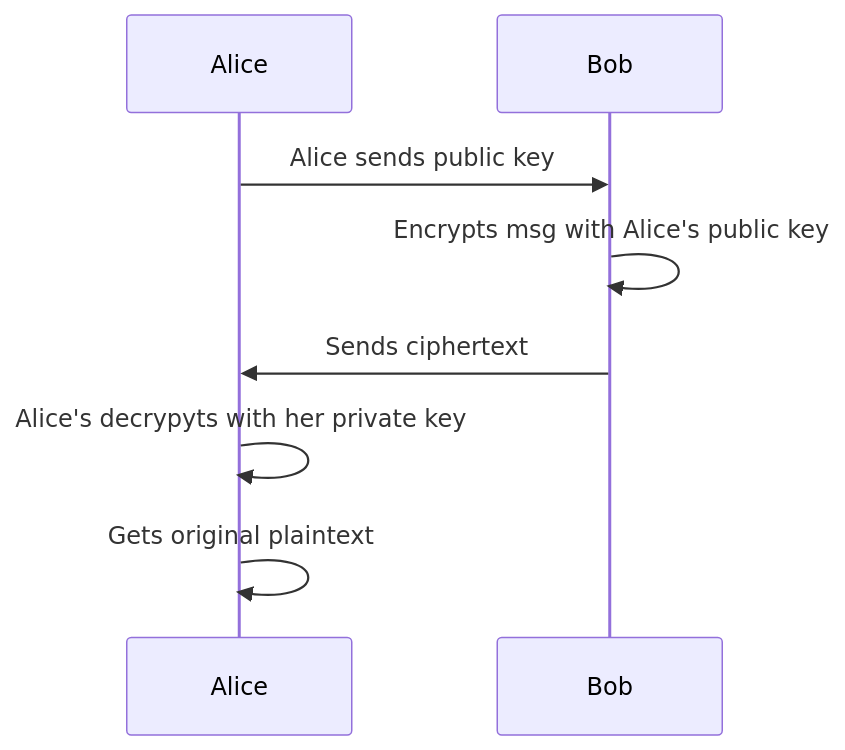
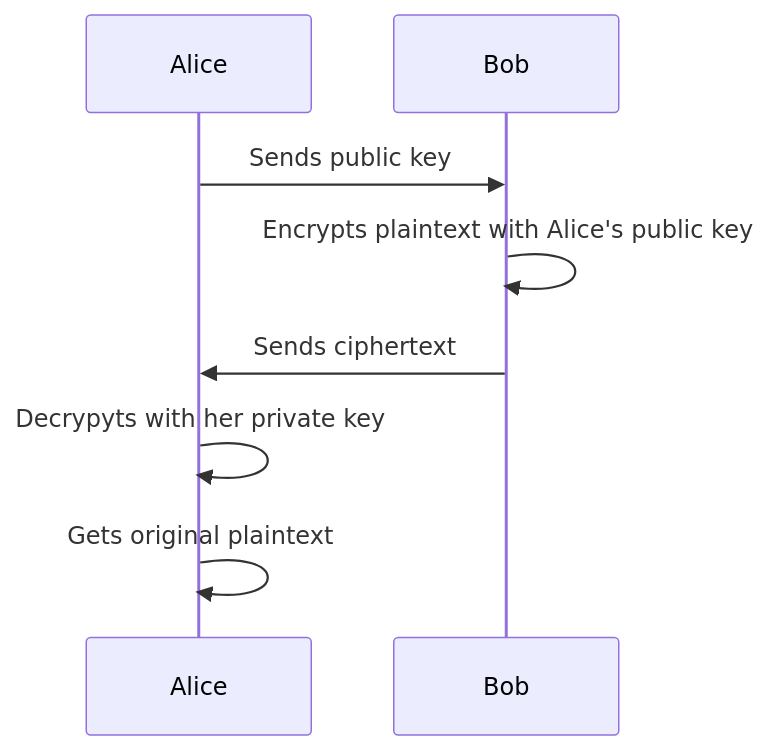
One commit to kcodedev/mkdocs changed the diagram in docs/IG/2-data-transmission/asymmetric-encryption.md. Above: the diagram before and after it, drawn with Mermaid. The commit also changed other lines of this file and 14 other files, not shown here.

````diff
--- a/docs/IG/2-data-transmission/asymmetric-encryption.md
+++ b/docs/IG/2-data-transmission/asymmetric-encryption.md
@@ -28,11 +28,11 @@
 ```mermaid
 sequenceDiagram
     participant Alice
     participant Bob
 
-    Alice->>Bob: Alice sends public key
-    Bob->>Bob: Encrypts msg with Alice's public key
+    Alice->>Bob: Sends public key
+    Bob->>Bob: Encrypts plaintext with Alice's public key
     Bob->>Alice: Sends ciphertext
-    Alice->>Alice: Alice's decrypyts with her private key
+    Alice->>Alice: Decrypyts with her private key
     Alice->>Alice: Gets original plaintext
 ```
````
